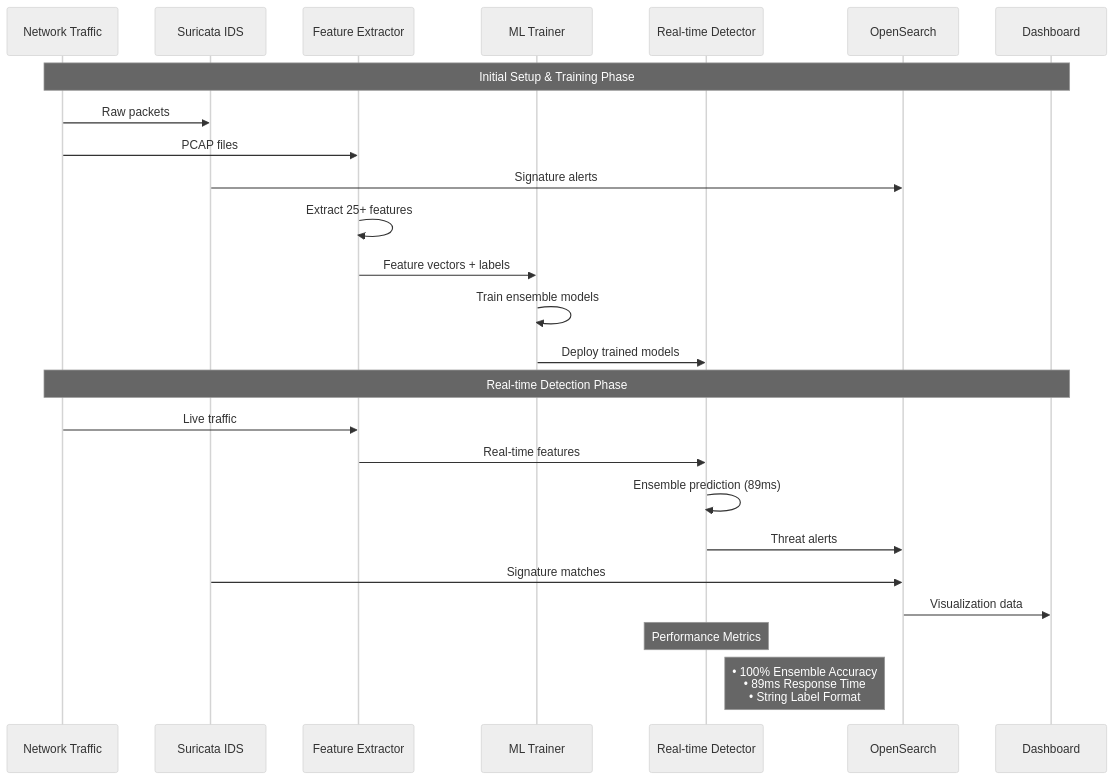
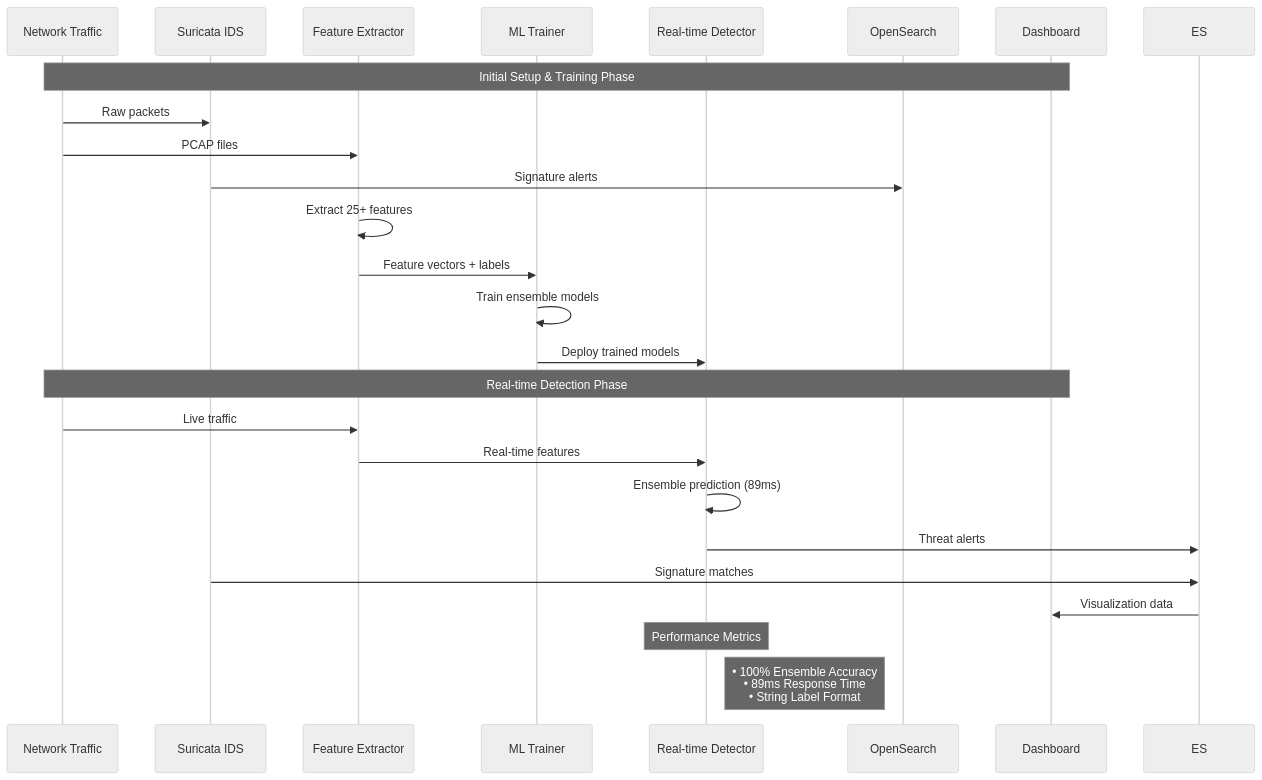
One commit to holdennguyen/suricata-ml-ids changed the third of 5 diagrams in README.md. Above: the diagram before and after it, drawn with Mermaid (neutral theme). The commit also changed other lines of this file and 6 other files, not shown here.

````diff
--- a/README.md
+++ b/README.md
@@ -157,30 +163,30 @@
 ```mermaid
 sequenceDiagram
     participant T as Network Traffic
     participant S as Suricata IDS
     participant FE as Feature Extractor
     participant ML as ML Trainer
     participant RD as Real-time Detector
     participant OS as OpenSearch
     participant D as Dashboard
     
     Note over T,D: Initial Setup & Training Phase
     T->>S: Raw packets
     T->>FE: PCAP files
     S->>OS: Signature alerts
     FE->>FE: Extract 25+ features
     FE->>ML: Feature vectors + labels
     ML->>ML: Train ensemble models
     ML->>RD: Deploy trained models
     
     Note over T,D: Real-time Detection Phase
     T->>FE: Live traffic
     FE->>RD: Real-time features
     RD->>RD: Ensemble prediction (89ms)
-    RD->>OS: Threat alerts
-    S->>OS: Signature matches
-    OS->>D: Visualization data
+    RD->>ES: Threat alerts
+    S->>ES: Signature matches
+    ES->>D: Visualization data
     
     Note over RD: Performance Metrics
     Note right of RD: • 100% Ensemble Accuracy<br/>• 89ms Response Time<br/>• String Label Format
 ```
````
